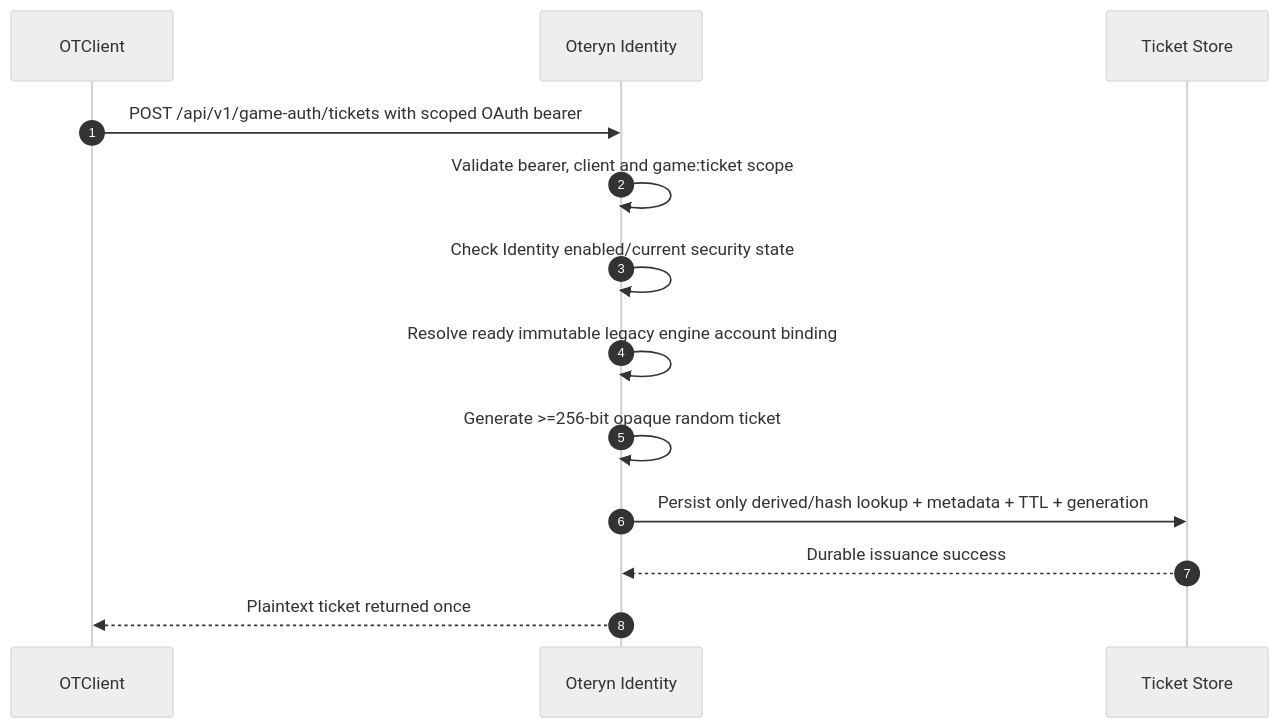
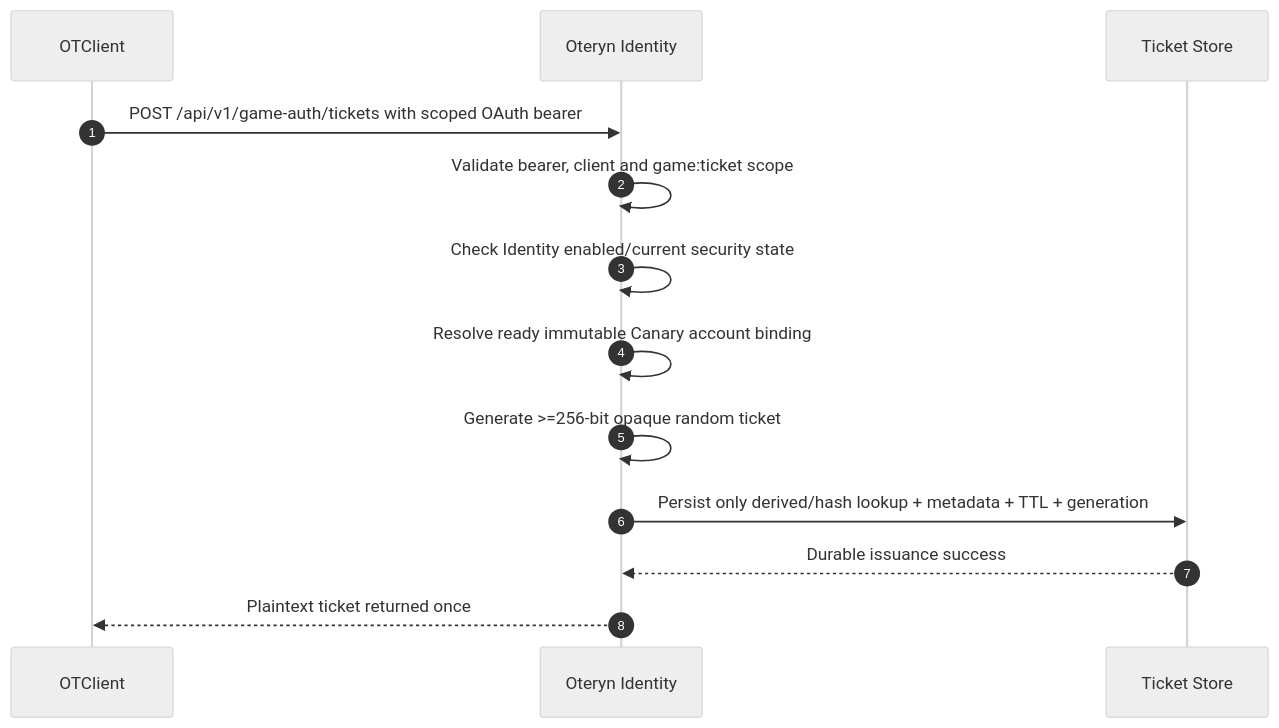
The eighth of 24 diagrams in docs/architecture/GAME_AUTH_SEQUENCE_DIAGRAMS.md (Oteryn/Oteryn-Platform), drawn with Mermaid (neutral theme) before and after one commit. The commit also changed other lines of this file and 5 other files, not shown here.

````diff
--- a/docs/architecture/GAME_AUTH_SEQUENCE_DIAGRAMS.md
+++ b/docs/architecture/GAME_AUTH_SEQUENCE_DIAGRAMS.md
@@ -207,16 +207,16 @@
 ```mermaid
 sequenceDiagram
     autonumber
     participant C as OTClient
     participant I as Oteryn Identity
     participant T as Ticket Store
 
     C->>I: POST /api/v1/game-auth/tickets with scoped OAuth bearer
     I->>I: Validate bearer, client and game:ticket scope
     I->>I: Check Identity enabled/current security state
-    I->>I: Resolve ready immutable legacy engine account binding
+    I->>I: Resolve ready immutable Canary account binding
     I->>I: Generate >=256-bit opaque random ticket
     I->>T: Persist only derived/hash lookup + metadata + TTL + generation
     T-->>I: Durable issuance success
     I-->>C: Plaintext ticket returned once
 ```
````
